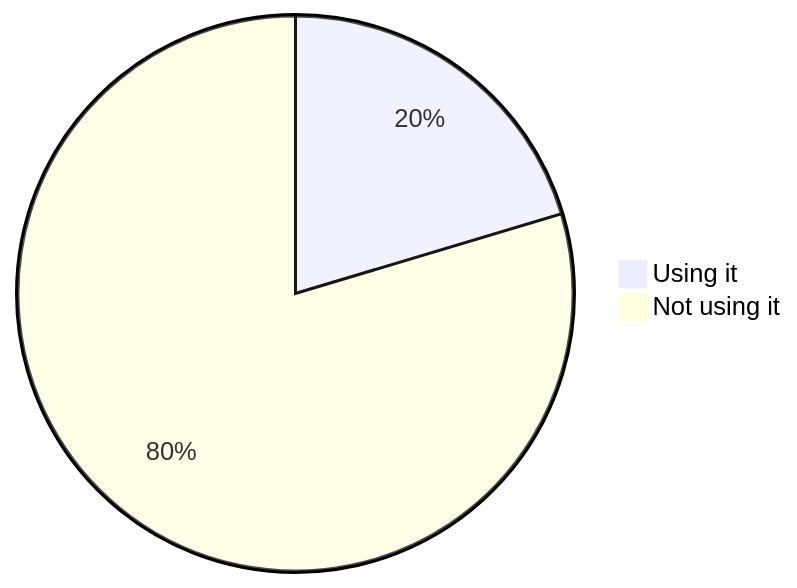
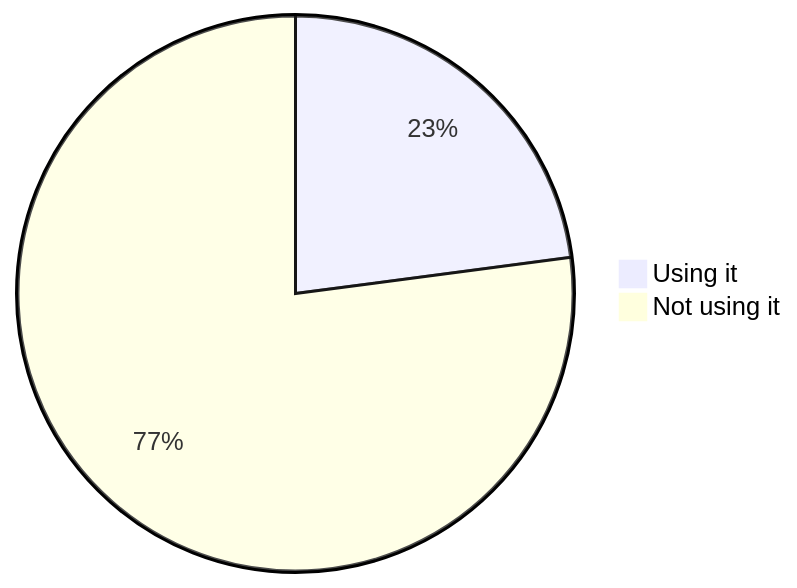
One commit to oshp/oshp-stats changed diagram 16 of 22 in stats.md. Above: the diagram before and after it, drawn with Mermaid. The commit also changed other lines of this file, not shown here.

````diff
--- a/stats.md
+++ b/stats.md
@@ -190,6 +190,6 @@
 ```mermaid
 pie
-	"Using it" : 20.37
-	"Not using it" : 79.63
+	"Using it" : 22.92
+	"Not using it" : 77.08
 
 ```
````
